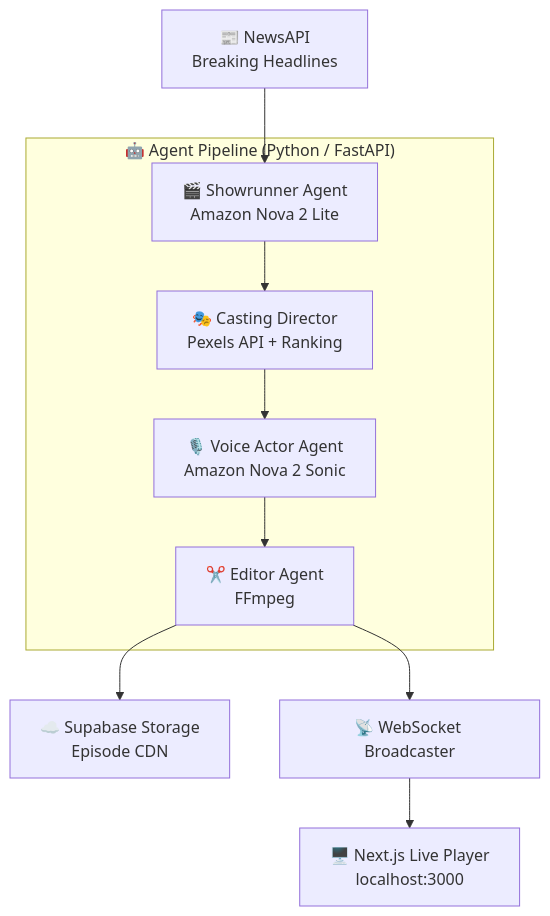
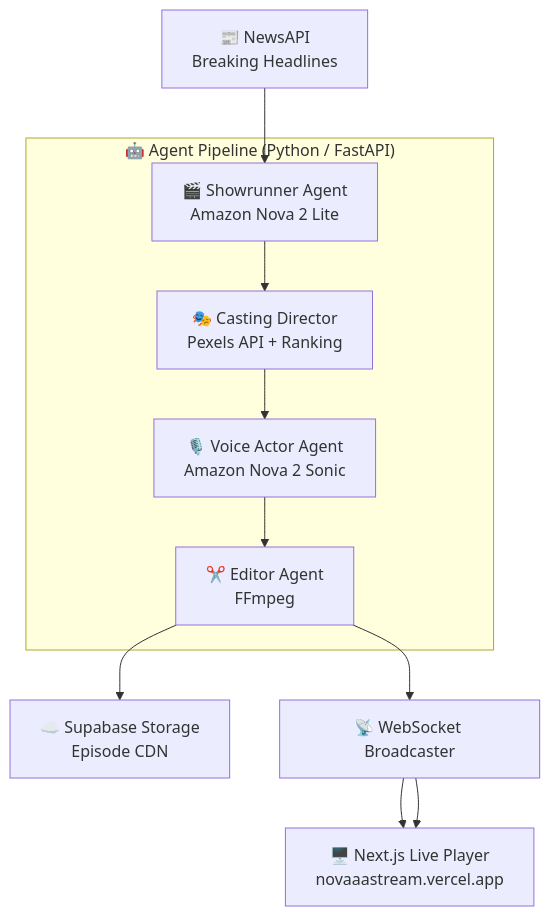
The diagram in README.md (Shikhyy/NovaStream), drawn with Mermaid before and after one commit. The commit also changed 2 other files, not shown here.

Commit message:
feat: update README for clarity on local and production app access

````diff
--- a/README.md
+++ b/README.md
@@ -68,15 +68,16 @@
 ```mermaid
 graph TD
     A[📰 NewsAPI<br/>Breaking Headlines] --> B
 
     subgraph "🤖 Agent Pipeline (Python / FastAPI)"
         B[🎬 Showrunner Agent<br/>Amazon Nova 2 Lite] --> C
         C[🎭 Casting Director<br/>Pexels API + Ranking] --> D
         D[🎙️ Voice Actor Agent<br/>Amazon Nova 2 Sonic] --> E
         E[✂️ Editor Agent<br/>FFmpeg]
     end
 
     E --> F[☁️ Supabase Storage<br/>Episode CDN]
     E --> G[📡 WebSocket Broadcaster]
     G --> H[🖥️ Next.js Live Player<br/>localhost:3000]
+    G --> H[🖥️ Next.js Live Player<br/>novaaastream.vercel.app]
 ```
````
